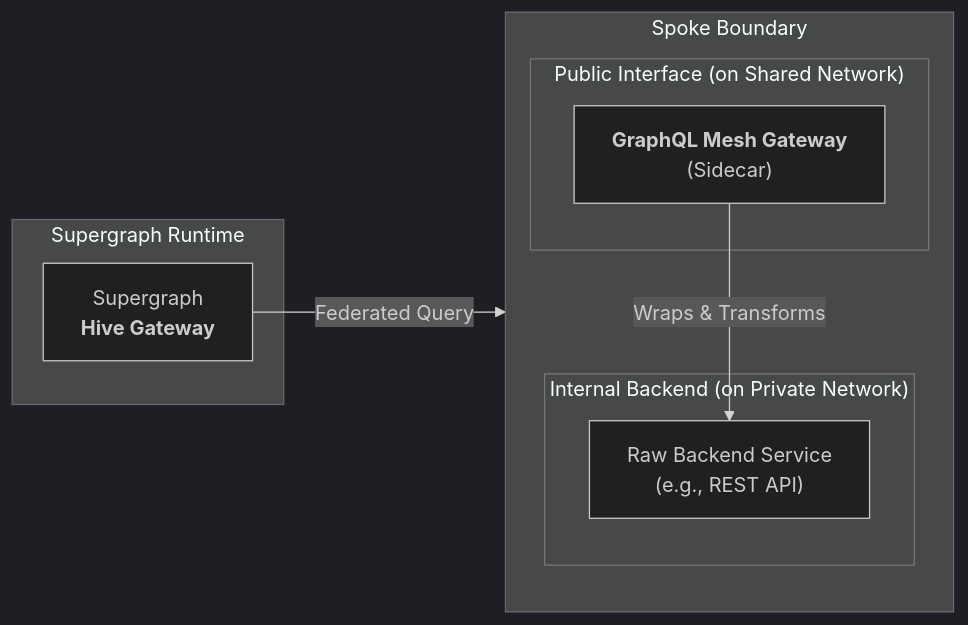
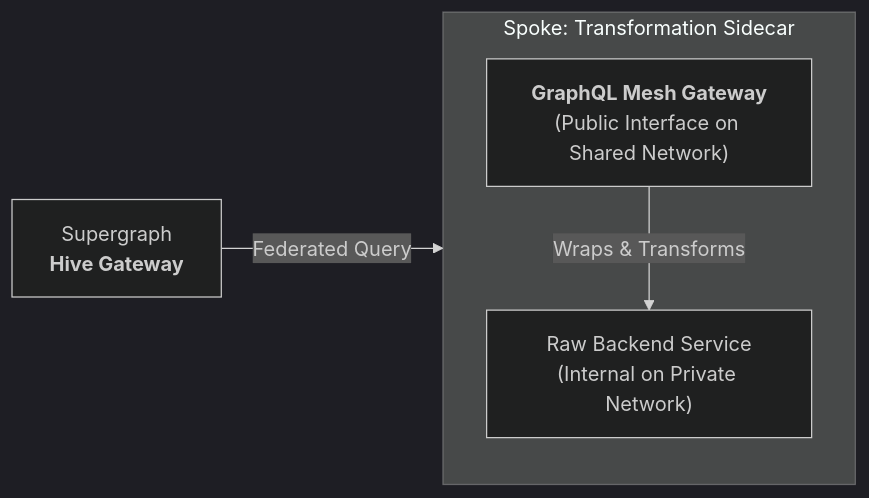
One commit to graphtastic/platform changed the third of 3 diagrams in README.md. Above: the diagram before and after it, drawn with Mermaid (dark theme).

Commit message:
docs: fixed clipping issues in third diagram in the README

````diff
--- a/README.md
+++ b/README.md
@@ -62,21 +62,13 @@
 ```mermaid
 graph LR
-    subgraph Supergraph Runtime
-        SupergraphGateway["Supergraph<br/><b>Hive Gateway</b>"]
-    end
+    SupergraphGateway["Supergraph<br/><b>Hive Gateway</b>"]
 
-    subgraph "Spoke Boundary"
+    subgraph "Spoke: Transformation Sidecar"
         direction TB
-        subgraph "Public Interface (on Shared Network)"
-             Mesh["<b>GraphQL Mesh Gateway</b><br/>(Sidecar)"]
-        end
-
-        subgraph "Internal Backend (on Private Network)"
-            Backend["Raw Backend Service<br/>(e.g., REST API)"]
-        end
-
+        Mesh["<b>GraphQL Mesh Gateway</b><br/>(Public Interface on Shared Network)"]
+        Backend["Raw Backend Service<br/>(Internal on Private Network)"]
         Mesh -- "Wraps & Transforms" --> Backend
     end
 
     SupergraphGateway -- "Federated Query" --> Mesh
 ```
````
